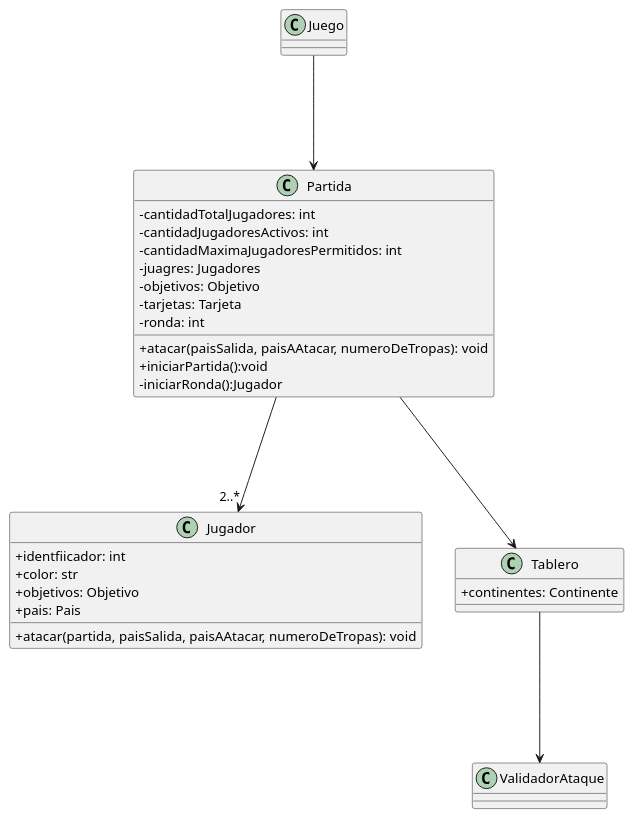
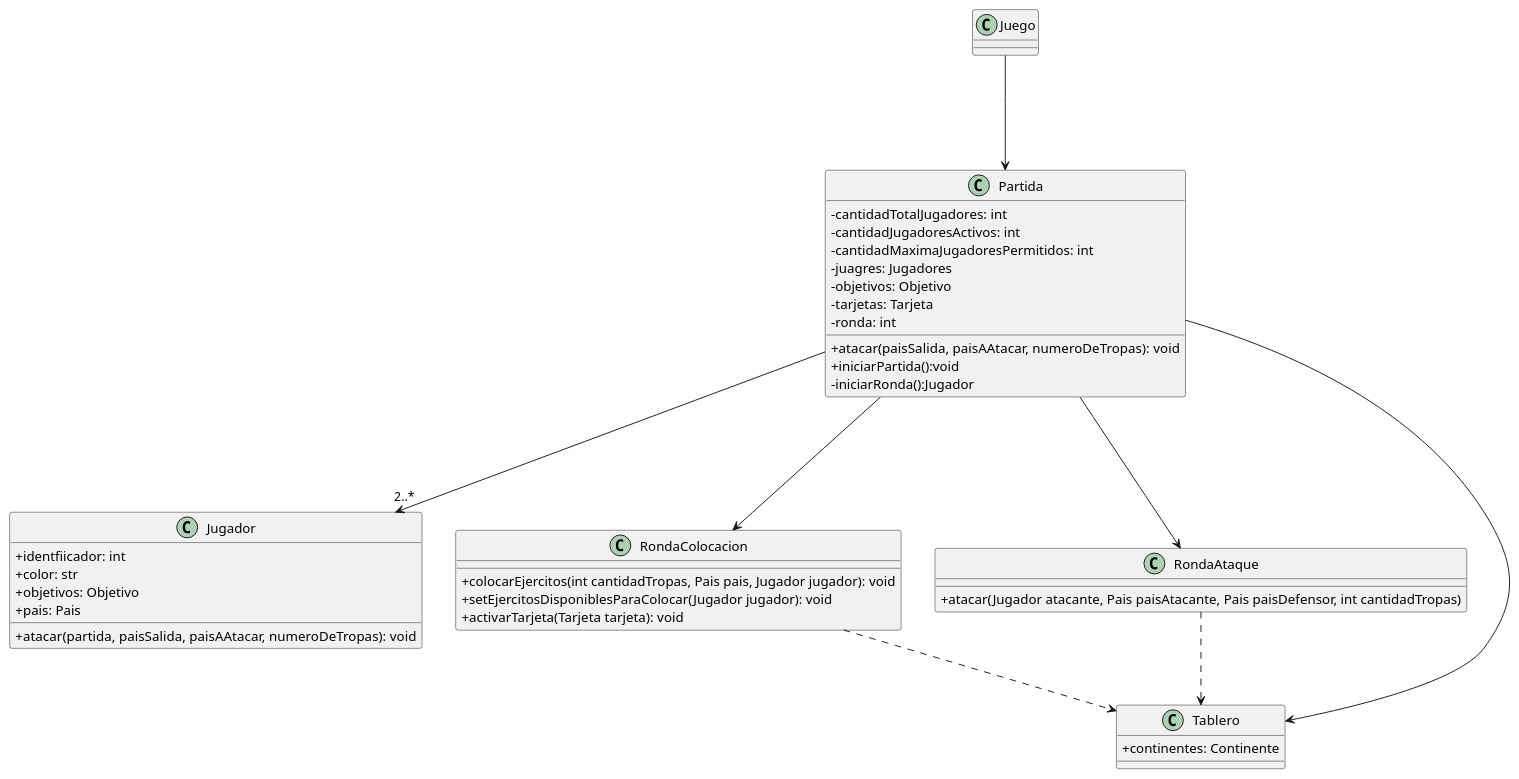
Before and after one commit to tomasshiao/TP2_Algo3: the diagram in diagramas/diagramaJuego.plantuml, drawn with PlantUML. The commit also changed 5 other files, not shown here.

Commit message:
cambios solo diagrama

```diff
--- a/diagramas/diagramaJuego.plantuml
+++ b/diagramas/diagramaJuego.plantuml
@@ -1,44 +1,54 @@
 @startuml
 skinparam classAttributeIconSize 0
 
 class Juego {
 
 }
 
 class Partida{
         - cantidadTotalJugadores: int
         - cantidadJugadoresActivos: int
         - cantidadMaximaJugadoresPermitidos: int
         - juagres: Jugadores
         - objetivos: Objetivo
         - tarjetas: Tarjeta
         - ronda: int
 
         +atacar(paisSalida, paisAAtacar, numeroDeTropas): void
         +iniciarPartida():void
         -iniciarRonda():Jugador
 }
 
 class Jugador{
         +identfiicador: int 
         + color: str
         +objetivos: Objetivo
         +pais: Pais
         
         +atacar(partida, paisSalida, paisAAtacar, numeroDeTropas): void
 
 }
 
-class ValidadorAtaque{}
+class RondaColocacion{
+    +colocarEjercitos(int cantidadTropas, Pais pais, Jugador jugador): void
+    +setEjercitosDisponiblesParaColocar(Jugador jugador): void
+    +activarTarjeta(Tarjeta tarjeta): void
 
+}
+class RondaAtaque{
+    + atacar(Jugador atacante, Pais paisAtacante, Pais paisDefensor, int cantidadTropas)
+}
 class Tablero{
         +continentes: Continente
 } 
 
 
 Juego ---> Partida
 Partida --->"2..*" Jugador
-Tablero ---> ValidadorAtaque
+Partida ---> RondaColocacion
+Partida ---> RondaAtaque
+RondaColocacion ..>Tablero
+RondaAtaque ..>Tablero
 Partida ---> Tablero
 
 @enduml
```
